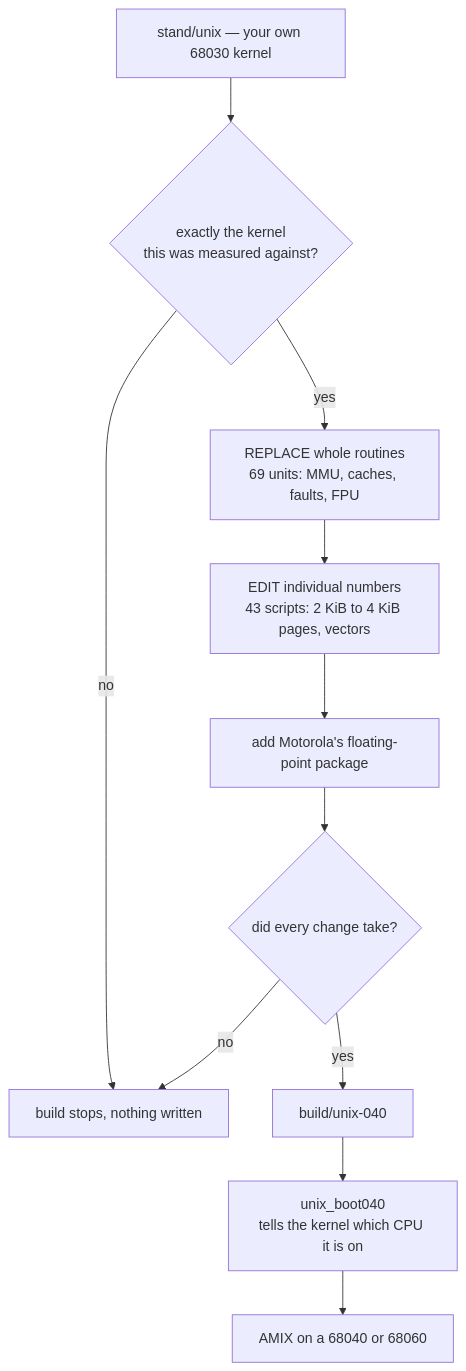
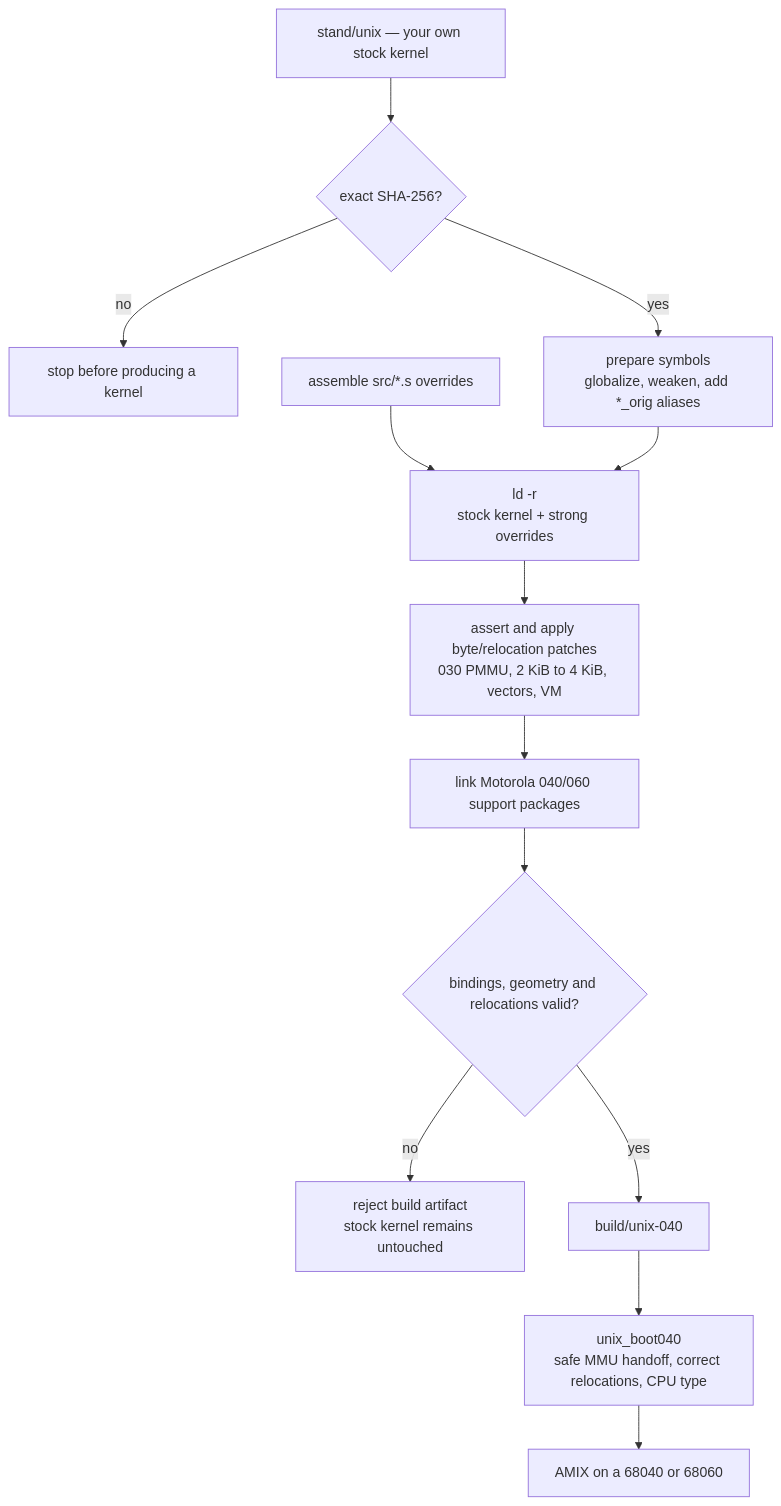
One commit to asokero/amix-040-060-port changed the diagram in README.md. Above: the diagram before and after it, drawn with Mermaid. The commit also changed other lines of this file, not shown here.

````diff
--- a/README.md
+++ b/README.md
@@ -193,13 +230,15 @@
 ```mermaid
 flowchart TD
-    A["stand/unix — your own 68030 kernel"] --> B{"exactly the kernel<br/>this was measured against?"}
-    B -- no --> X["build stops, nothing written"]
-    B -- yes --> C["REPLACE whole routines<br/>69 units: MMU, caches, faults, FPU"]
-    C --> D["EDIT individual numbers<br/>43 scripts: 2 KiB to 4 KiB pages, vectors"]
-    D --> E["add Motorola's floating-point package"]
-    E --> F{"did every change take?"}
-    F -- no --> X
+    A["stand/unix — your own stock kernel"] --> B{"exact SHA-256?"}
+    B -- no --> X1["stop before producing a kernel"]
+    B -- yes --> C["prepare symbols<br/>globalize, weaken, add *_orig aliases"]
+    O["assemble src/*.s overrides"] --> D["ld -r<br/>stock kernel + strong overrides"]
+    C --> D
+    D --> E["assert and apply byte/relocation patches<br/>030 PMMU, 2 KiB to 4 KiB, vectors, VM"]
+    E --> P["link Motorola 040/060 support packages"]
+    P --> F{"bindings, geometry and relocations valid?"}
+    F -- no --> X2["reject build artifact<br/>stock kernel remains untouched"]
     F -- yes --> G["build/unix-040"]
-    G --> H["unix_boot040<br/>tells the kernel which CPU it is on"]
+    G --> H["unix_boot040<br/>safe MMU handoff, correct relocations, CPU type"]
     H --> I["AMIX on a 68040 or 68060"]
 ```
````
